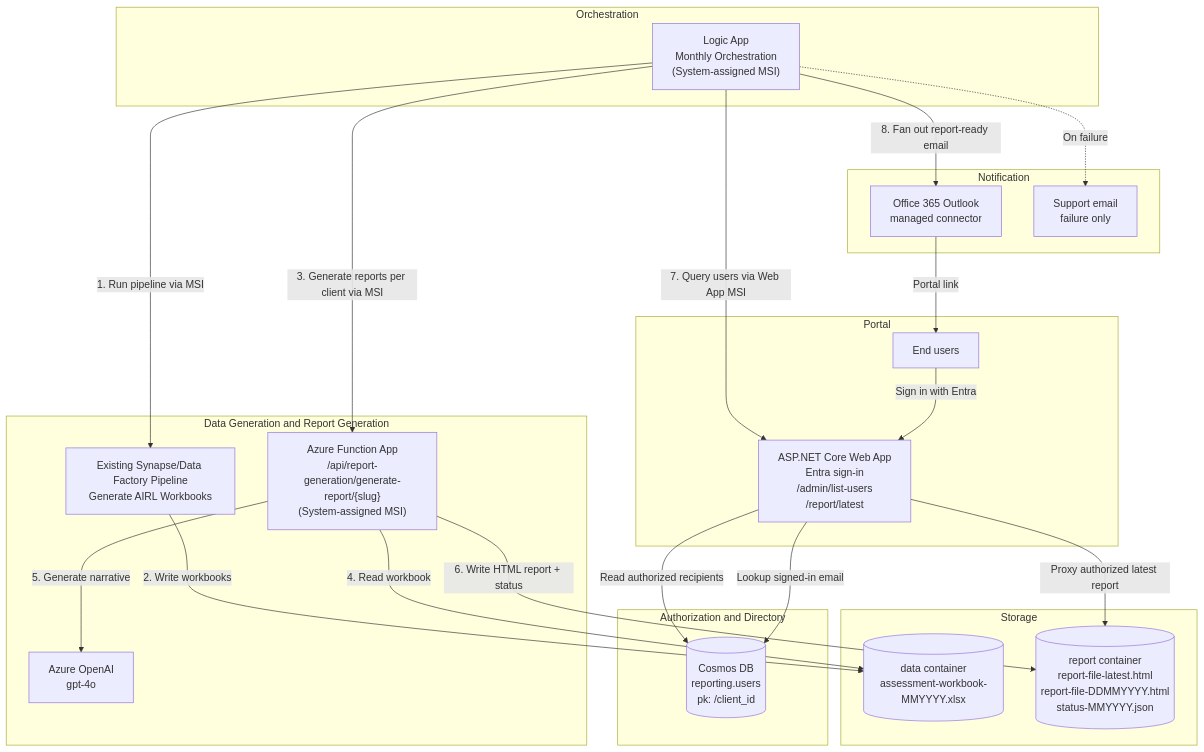
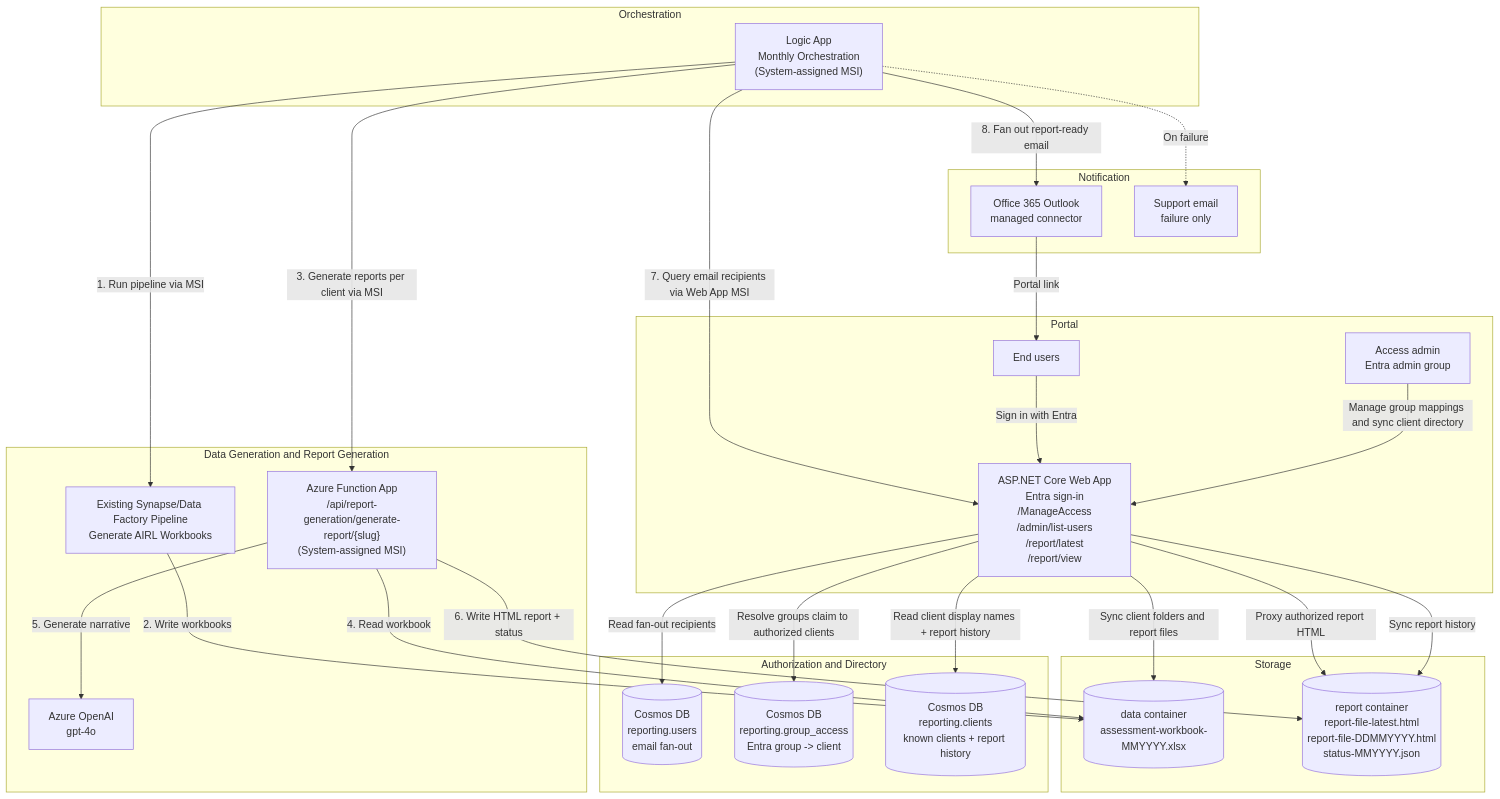
One commit to hrprtkaur88/airl-pulse-logicapp-minimal changed the diagram in docs/architecture.md. Above: the diagram before and after it, drawn with Mermaid. The commit also changed other lines of this file and 23 other files, not shown here.

First line of the commit message:
Sync web app access portal from reference repo

````diff
--- a/docs/architecture.md
+++ b/docs/architecture.md
@@ -7,46 +7,53 @@
 ```mermaid
 flowchart TB
     subgraph ORCH["Orchestration"]
         LA["Logic App<br/>Monthly Orchestration<br/>(System-assigned MSI)"]
     end
 
     subgraph DATAFLOW["Data Generation and Report Generation"]
         PIPE["Existing Synapse/Data Factory Pipeline<br/>Generate AIRL Workbooks"]
         FUNC["Azure Function App<br/>/api/report-generation/generate-report/{slug}<br/>(System-assigned MSI)"]
         OAI["Azure OpenAI<br/>gpt-4o"]
     end
 
     subgraph STORAGE["Storage"]
         DATA[("data container<br/>assessment-workbook-MMYYYY.xlsx")]
         REPORT[("report container<br/>report-file-latest.html<br/>report-file-DDMMYYYY.html<br/>status-MMYYYY.json")]
     end
 
     subgraph AUTH["Authorization and Directory"]
-        COSMOS[("Cosmos DB<br/>reporting.users<br/>pk: /client_id")]
+        USERS[("Cosmos DB<br/>reporting.users<br/>email fan-out")]
+        GROUPS[("Cosmos DB<br/>reporting.group_access<br/>Entra group -> client")]
+        CLIENTS[("Cosmos DB<br/>reporting.clients<br/>known clients + report history")]
     end
 
     subgraph PORTAL["Portal"]
-        WEB["ASP.NET Core Web App<br/>Entra sign-in<br/>/admin/list-users<br/>/report/latest"]
+        WEB["ASP.NET Core Web App<br/>Entra sign-in<br/>/ManageAccess<br/>/admin/list-users<br/>/report/latest<br/>/report/view"]
+        ADMIN["Access admin<br/>Entra admin group"]
         USER["End users"]
     end
 
     subgraph NOTIFY["Notification"]
         EMAIL["Office 365 Outlook<br/>managed connector"]
         SUPPORT["Support email<br/>failure only"]
     end
 
     LA -- "1. Run pipeline via MSI" --> PIPE
     PIPE -- "2. Write workbooks" --> DATA
     LA -- "3. Generate reports per client via MSI" --> FUNC
     FUNC -- "4. Read workbook" --> DATA
     FUNC -- "5. Generate narrative" --> OAI
     FUNC -- "6. Write HTML report + status" --> REPORT
-    LA -- "7. Query users via Web App MSI" --> WEB
-    WEB -- "Read authorized recipients" --> COSMOS
+    LA -- "7. Query email recipients via Web App MSI" --> WEB
+    WEB -- "Read fan-out recipients" --> USERS
     LA -- "8. Fan out report-ready email" --> EMAIL
     EMAIL -- "Portal link" --> USER
     USER -- "Sign in with Entra" --> WEB
-    WEB -- "Lookup signed-in email" --> COSMOS
-    WEB -- "Proxy authorized latest report" --> REPORT
+    WEB -- "Resolve groups claim to authorized clients" --> GROUPS
+    WEB -- "Read client display names + report history" --> CLIENTS
+    WEB -- "Proxy authorized report HTML" --> REPORT
+    ADMIN -- "Manage group mappings and sync client directory" --> WEB
+    WEB -- "Sync client folders and report files" --> DATA
+    WEB -- "Sync report history" --> REPORT
     LA -. "On failure" .-> SUPPORT
 ```
````
